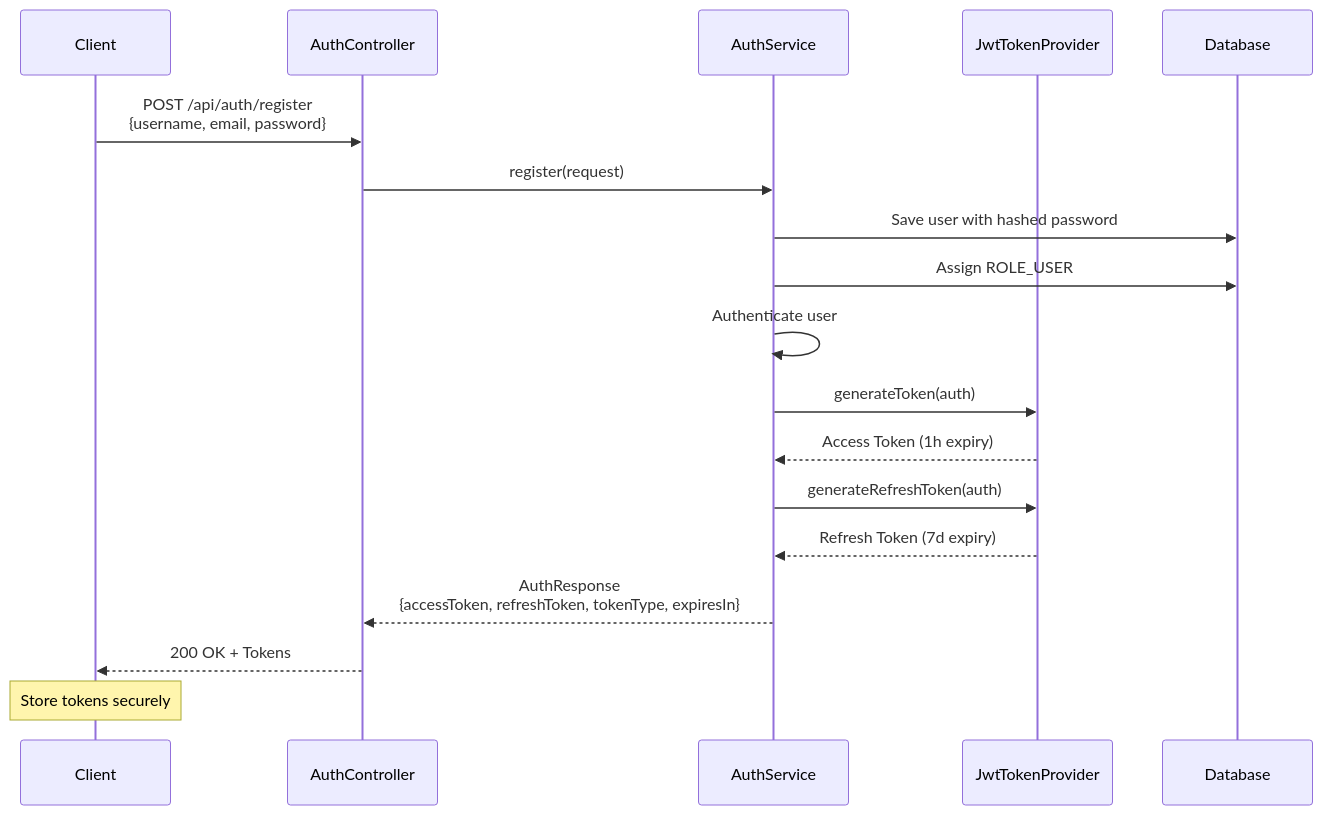
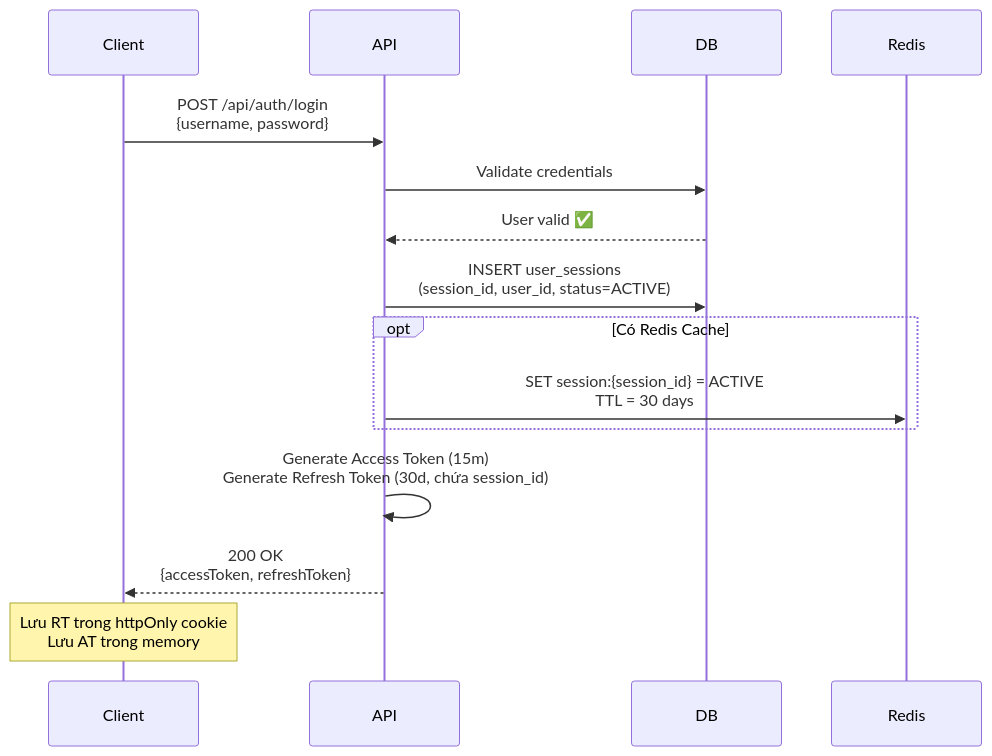
The second of 7 diagrams in docs/authorization_flow.md (HungPhan200591/live-stream-backend), drawn with Mermaid before and after one commit. The commit also changed other lines of this file and 3 other files, not shown here.

Commit message:
docs: Add comprehensive documentation for the authorization flow and security best practices.

````diff
--- a/docs/authorization_flow.md
+++ b/docs/authorization_flow.md
@@ -68,22 +140,23 @@
 ```mermaid
 sequenceDiagram
     participant Client
-    participant Controller as AuthController
-    participant Service as AuthService
-    participant JWT as JwtTokenProvider
-    participant DB as Database
-    
-    Client->>Controller: POST /api/auth/register<br/>{username, email, password}
-    Controller->>Service: register(request)
-    Service->>DB: Save user with hashed password
-    Service->>DB: Assign ROLE_USER
-    Service->>Service: Authenticate user
-    Service->>JWT: generateToken(auth)
-    JWT-->>Service: Access Token (1h expiry)
-    Service->>JWT: generateRefreshToken(auth)
-    JWT-->>Service: Refresh Token (7d expiry)
-    Service-->>Controller: AuthResponse<br/>{accessToken, refreshToken, tokenType, expiresIn}
-    Controller-->>Client: 200 OK + Tokens
-    
-    Note over Client: Store tokens securely
+    participant API
+    participant DB
+    participant Redis
+
+    Client->>API: POST /api/auth/login<br/>{username, password}
+    API->>DB: Validate credentials
+    DB-->>API: User valid ✅
+
+    API->>DB: INSERT user_sessions<br/>(session_id, user_id, status=ACTIVE)
+
+    opt Có Redis Cache
+        API->>Redis: SET session:{session_id} = ACTIVE<br/>TTL = 30 days
+    end
+
+    API->>API: Generate Access Token (15m)<br/>Generate Refresh Token (30d, chứa session_id)
+
+    API-->>Client: 200 OK<br/>{accessToken, refreshToken}
+
+    Note over Client: Lưu RT trong httpOnly cookie<br/>Lưu AT trong memory
 ```
````
